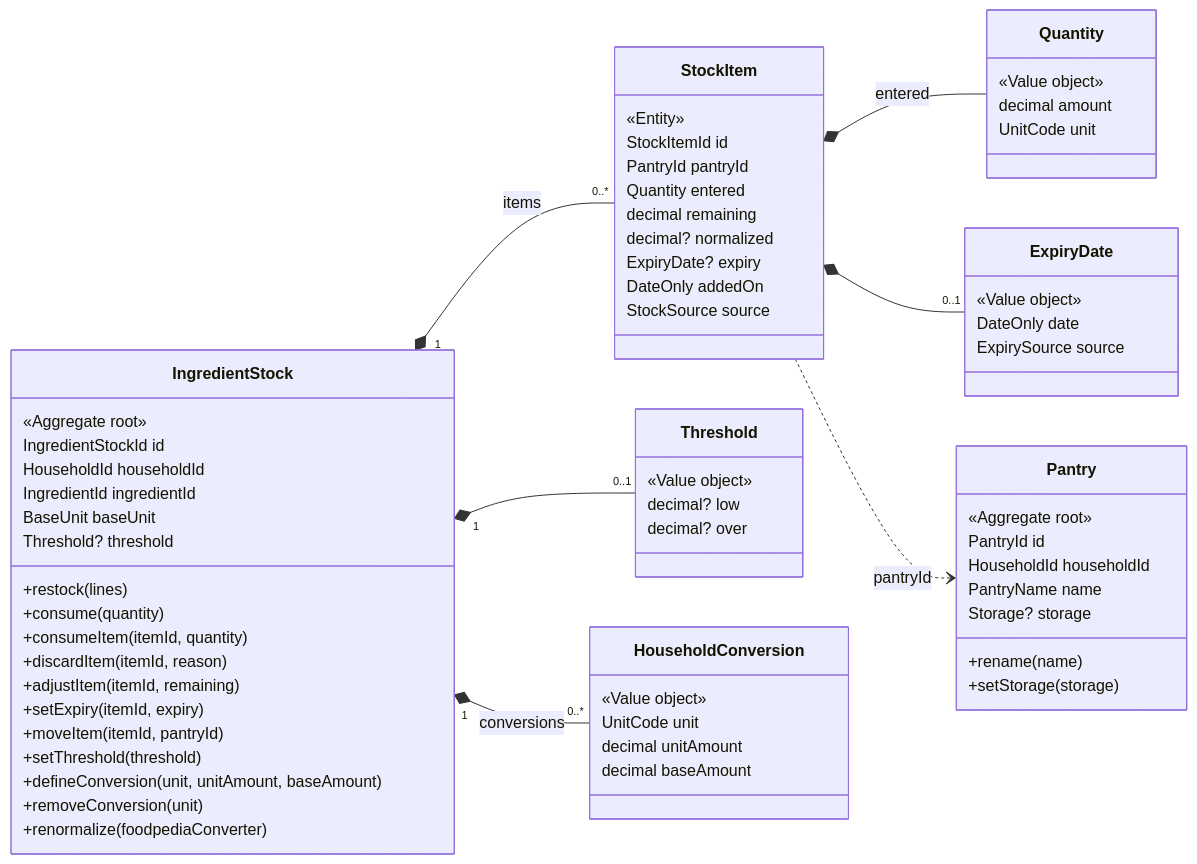
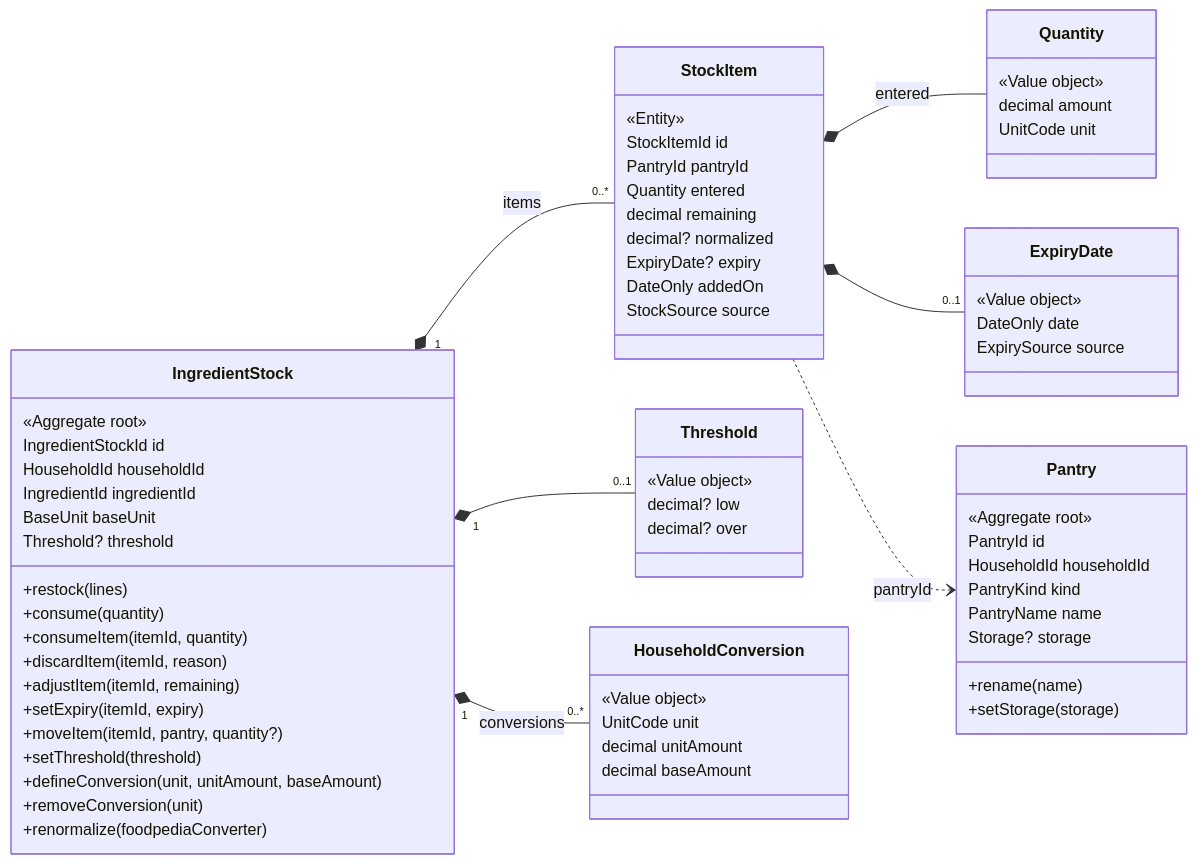
The diagram in docs/contexts/pantry/domain-model.md (Raidvahkiin/cooquoi), drawn with Mermaid before and after one commit. The commit also changed other lines of this file and 3 other files, not shown here.

````diff
--- a/docs/contexts/pantry/domain-model.md
+++ b/docs/contexts/pantry/domain-model.md
@@ -20,78 +20,79 @@
 ```mermaid
 classDiagram
   direction LR
 
   class Pantry {
     «Aggregate root»
     PantryId id
     HouseholdId householdId
+    PantryKind kind
     PantryName name
     Storage? storage
     +rename(name)
     +setStorage(storage)
   }
 
   class IngredientStock {
     «Aggregate root»
     IngredientStockId id
     HouseholdId householdId
     IngredientId ingredientId
     BaseUnit baseUnit
     Threshold? threshold
     +restock(lines)
     +consume(quantity)
     +consumeItem(itemId, quantity)
     +discardItem(itemId, reason)
     +adjustItem(itemId, remaining)
     +setExpiry(itemId, expiry)
-    +moveItem(itemId, pantryId)
+    +moveItem(itemId, pantry, quantity?)
     +setThreshold(threshold)
     +defineConversion(unit, unitAmount, baseAmount)
     +removeConversion(unit)
     +renormalize(foodpediaConverter)
   }
 
   class StockItem {
     «Entity»
     StockItemId id
     PantryId pantryId
     Quantity entered
     decimal remaining
     decimal? normalized
     ExpiryDate? expiry
     DateOnly addedOn
     StockSource source
   }
 
   class Quantity {
     «Value object»
     decimal amount
     UnitCode unit
   }
 
   class ExpiryDate {
     «Value object»
     DateOnly date
     ExpirySource source
   }
 
   class Threshold {
     «Value object»
     decimal? low
     decimal? over
   }
 
   class HouseholdConversion {
     «Value object»
     UnitCode unit
     decimal unitAmount
     decimal baseAmount
   }
 
   IngredientStock "1" *-- "0..*" StockItem : items
   IngredientStock "1" *-- "0..*" HouseholdConversion : conversions
   IngredientStock "1" *-- "0..1" Threshold
   StockItem *-- Quantity : entered
   StockItem *-- "0..1" ExpiryDate
   StockItem ..> Pantry : pantryId
 ```
````
